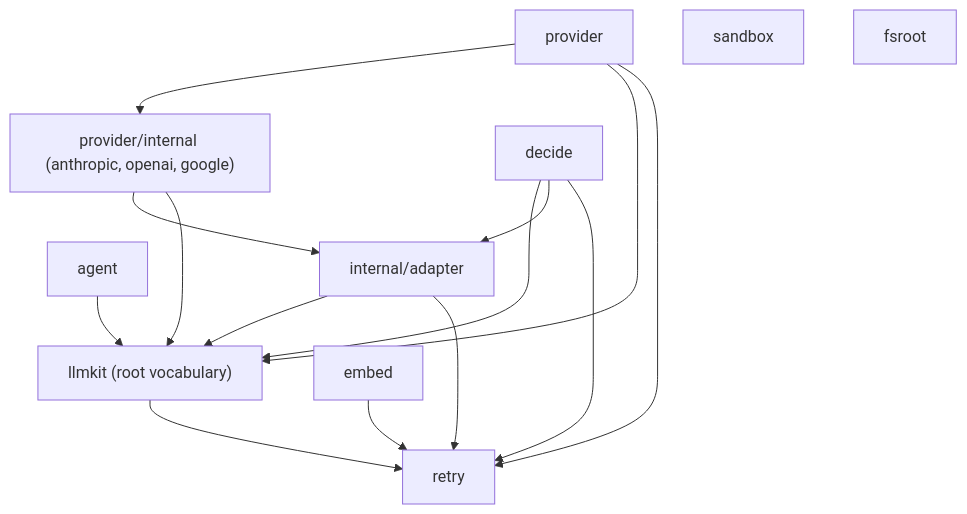
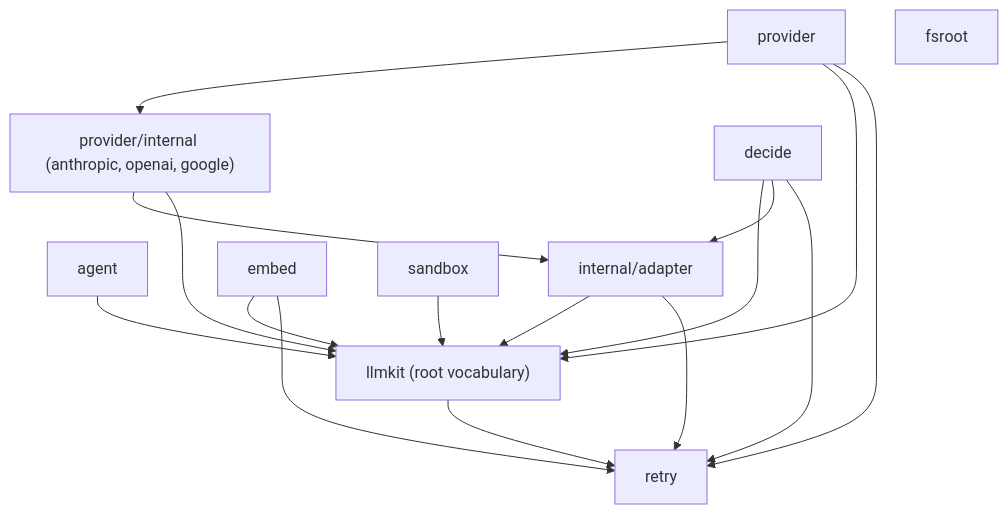
The diagram in docs/design.md (dpoage/llmkit), drawn with Mermaid before and after one commit. The commit also changed other lines of this file and 7 other files, not shown here.

First line of the commit message:
fix(llmkit): oracle round 1 — embed+sandbox Observe (llmkit-4qh.6)

````diff
--- a/docs/design.md
+++ b/docs/design.md
@@ -12,21 +12,21 @@
 ```mermaid
 flowchart TD
     AGENT["agent"]
     PROV["provider"] --> ADAPTERS["provider/internal (anthropic, openai, google)"]
     ADAPTERS --> IA["internal/adapter"]
     IA --> ROOT["llmkit (root vocabulary)"]
     ADAPTERS --> ROOT
     PROV --> ROOT
     AGENT --> ROOT
-    EMBED["embed"]
+    EMBED["embed"] --> ROOT
+    SANDBOX["sandbox"] --> ROOT
     DECIDE["decide"] --> ROOT
     DECIDE --> IA
     RETRY["retry"]
     ROOT --> RETRY
     IA --> RETRY
     PROV --> RETRY
     EMBED --> RETRY
     DECIDE --> RETRY
-    SANDBOX["sandbox"]
     FSROOT["fsroot"]
 ```
````
